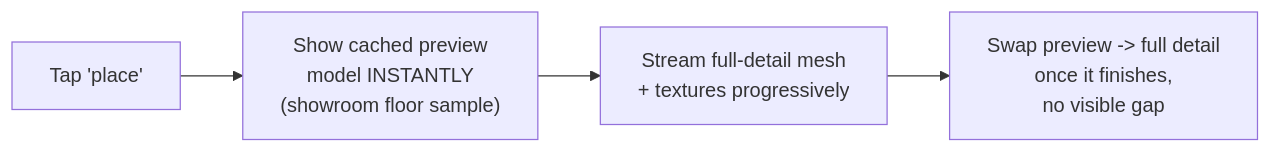
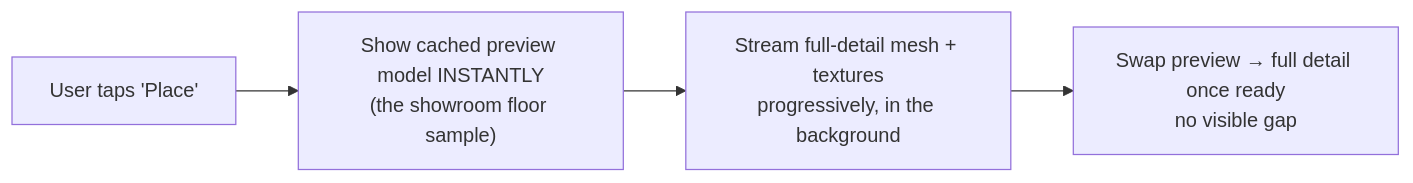
Before and after one commit to riyaz-pasha/Learnings: the second of 14 diagrams in system-design/HLD/0-course/54-Design-an-AR-Virtual-Furniture-Placement-System-FAANG-Guide-story.md, drawn with Mermaid. The commit also changed other lines of this file and 1 other file, not shown here.

Commit message:
[REWRITE] AR Virtual Furniture Placement story guide: simplify prose, add structure, fix diagrams

````diff
--- a/system-design/HLD/0-course/54-Design-an-AR-Virtual-Furniture-Placement-System-FAANG-Guide-story.md
+++ b/system-design/HLD/0-course/54-Design-an-AR-Virtual-Furniture-Placement-System-FAANG-Guide-story.md
@@ -48,6 +112,6 @@
 ```mermaid
 flowchart LR
-    A["Tap 'place'"] --> B["Show cached preview\nmodel INSTANTLY\n(showroom floor sample)"]
-    B --> C["Stream full-detail mesh\n+ textures progressively"]
-    C --> D["Swap preview -> full detail\nonce it finishes,\nno visible gap"]
+    A["User taps 'Place'"] --> B["Show cached preview model INSTANTLY<br/>(the showroom floor sample)"]
+    B --> C["Stream full-detail mesh + textures<br/>progressively, in the background"]
+    C --> D["Swap preview → full detail once ready<br/>no visible gap"]
 ```
````
